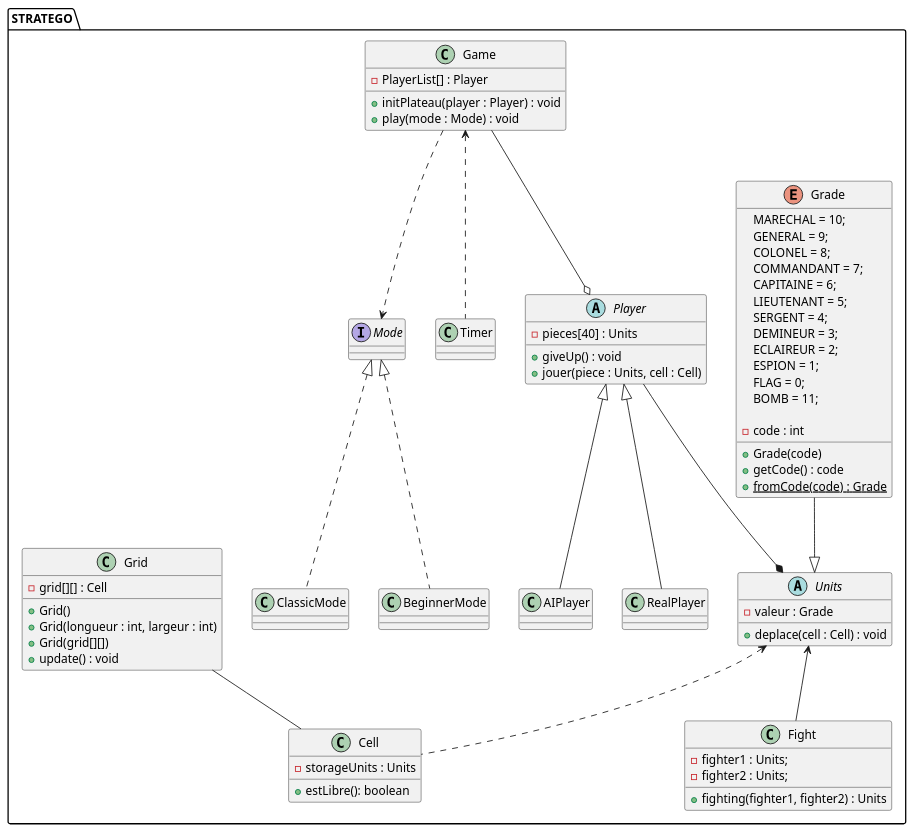
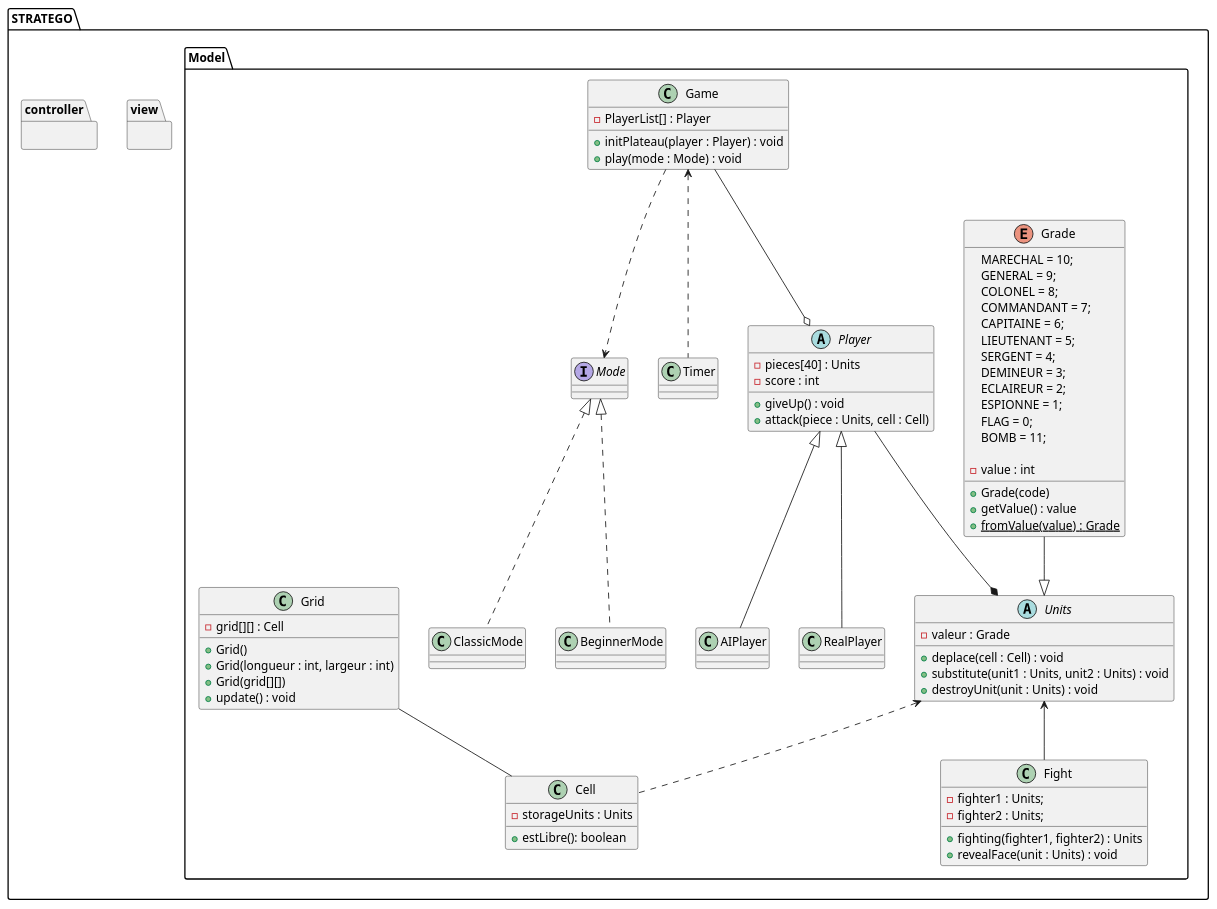
Before and after one commit to Gunder56/stratego: the diagram in Side_documents/diagramme_de_classe.puml, drawn with PlantUML.

Commit message:
version mise à jour diagramme de classe 24/11/2026

```diff
--- a/Side_documents/diagramme_de_classe.puml
+++ b/Side_documents/diagramme_de_classe.puml
@@ -1,102 +1,114 @@
 @startuml class 
+
 package "STRATEGO"{
+
+package "Model"{
+
 abstract Units {
     - valeur : Grade
     + deplace(cell : Cell) : void
+    + substitute(unit1 : Units, unit2 : Units) : void
+    + destroyUnit(unit : Units) : void
 }
 
 enum Grade {
     MARECHAL = 10;
     GENERAL = 9;
     COLONEL = 8;
     COMMANDANT = 7;
     CAPITAINE = 6;
     LIEUTENANT = 5;
     SERGENT = 4;
     DEMINEUR = 3;
     ECLAIREUR = 2; 
-    ESPION = 1; 
+    ESPIONNE = 1; 
     FLAG = 0;
     BOMB = 11;
 
-    - code : int
+    - value : int
     + Grade(code)
-    + getCode() : code
-    + {static} fromCode(code) : Grade
+    + getValue() : value
+    + {static} fromValue(value) : Grade
 }
 
 class Fight {
     - fighter1 : Units;
     - fighter2 : Units;
-    + fighting(fighter1, fighter2) : Units 
+    + fighting(fighter1, fighter2) : Units
+    + revealFace(unit : Units) : void
 }
 
 abstract Player {
     - pieces[40] : Units
+    - score : int
     + giveUp() : void
-    + jouer(piece : Units, cell : Cell)
+    + attack(piece : Units, cell : Cell)
 }
 
 class RealPlayer{
 
 }
 
 class AIPlayer{
 
 }
 
 class Game {
     - PlayerList[] : Player
     + initPlateau(player : Player) : void
     + play(mode : Mode) : void 
 
 }
 
 interface Mode {
 
 }
 
 class BeginnerMode {
 
 }
 
 class ClassicMode {
 
 }
 
 class Timer {
 }
 
 class Cell {
     - storageUnits : Units
     + estLibre(): boolean 
 }
 
 class Grid {
     - grid[][] : Cell
     + Grid()
     + Grid(longueur : int, largeur : int)
     + Grid(grid[][])
     + update() : void
 }
 }
 
+package view{}
+package controller{}
+}
+
 Units <-- Fight
 
 Units <.. Cell
 Game <.. Timer
 Game ..> Mode
 Game --o Player
 BeginnerMode .up.|> Mode  
 ClassicMode .up.|> Mode
 
 Grid -- Cell
 
 Grade --|> Units
 
 Player --* Units
 RealPlayer -up-|> Player
 AIPlayer -up-|> Player
 
 
 @enduml
```
